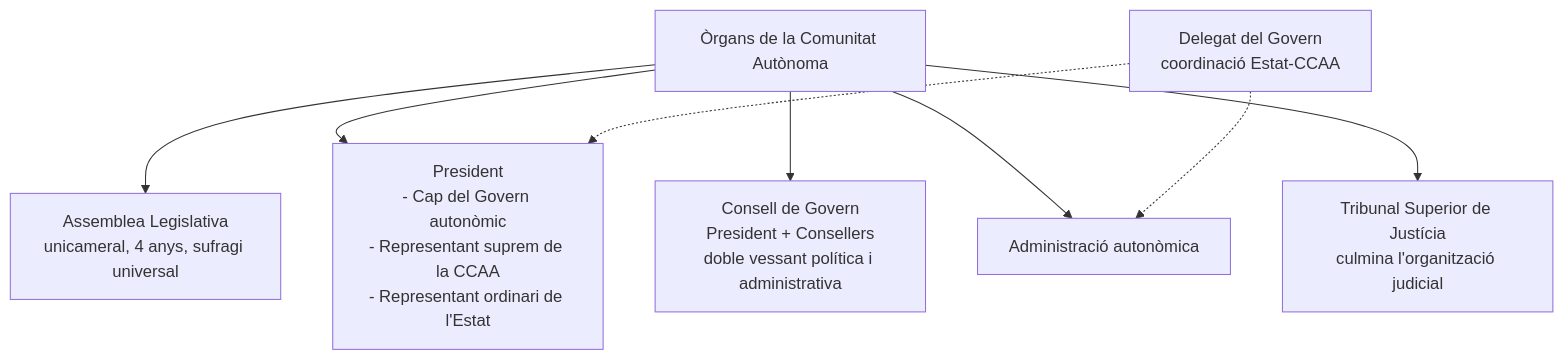
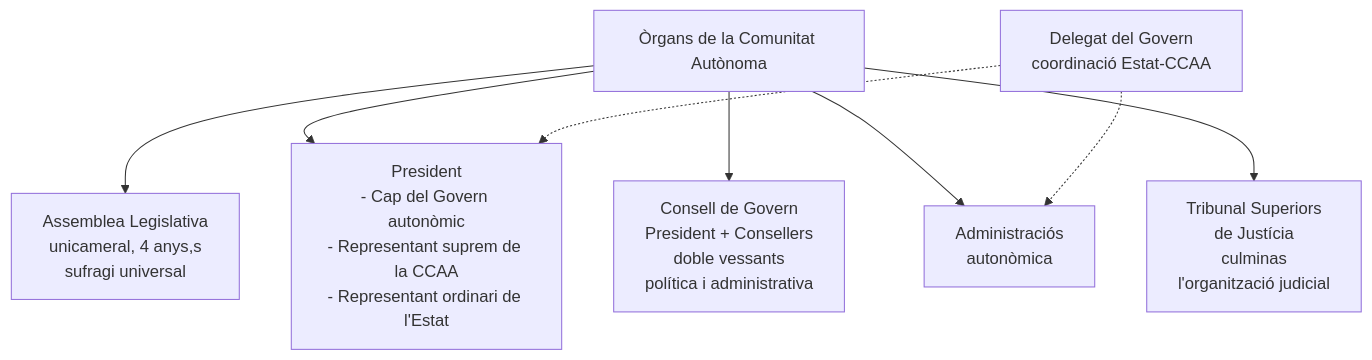
Before and after one commit to alexmorato/sticdopos: the fourth of 8 diagrams in apunts_new/T08/T08-Apunts-Xavi-Diagrames-deepseek.md, drawn with Mermaid. The commit also changed other lines of this file and 3 other files, not shown here.

````diff
--- a/apunts_new/T08/T08-Apunts-Xavi-Diagrames-deepseek.md
+++ b/apunts_new/T08/T08-Apunts-Xavi-Diagrames-deepseek.md
@@ -110,13 +110,13 @@
 ```mermaid
 graph TB
     subgram[Òrgans de la Comunitat Autònoma]
-    subgram --> A[Assemblea Legislativa<br>unicameral, 4 anys, sufragi universal]
+    subgram --> A[Assemblea Legislativa<br>unicameral, 4 anys,s<br>sufragi universal]
     subgram --> B[President<br>- Cap del Govern autonòmic<br>- Representant suprem de la CCAA<br>- Representant ordinari de l'Estat]
-    subgram --> C[Consell de Govern<br>President + Consellers<br>doble vessant política i administrativa]
-    subgram --> D[Administració autonòmica]
-    subgram --> E[Tribunal Superior de Justícia<br>culmina l'organització judicial]
+    subgram --> C[Consell de Govern<br>President + Consellers<br>doble vessants<br>política i administrativa]
+    subgram --> D[Administraciós<br>autonòmica]
+    subgram --> E[Tribunal Superiors<br>de Justícia<br>culminas<br>l'organització judicial]
     
     F[Delegat del Govern<br>coordinació Estat-CCAA] -.-> B
     F -.-> D
     
 ```
````
